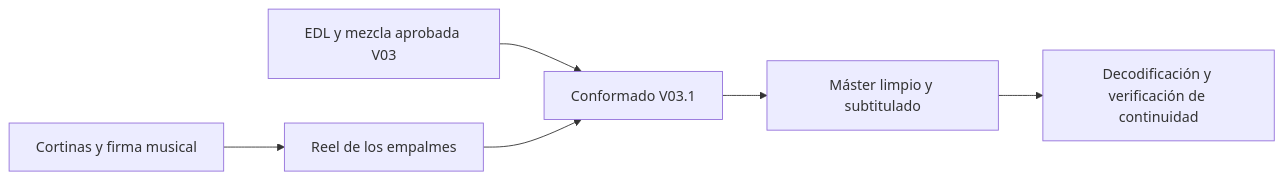
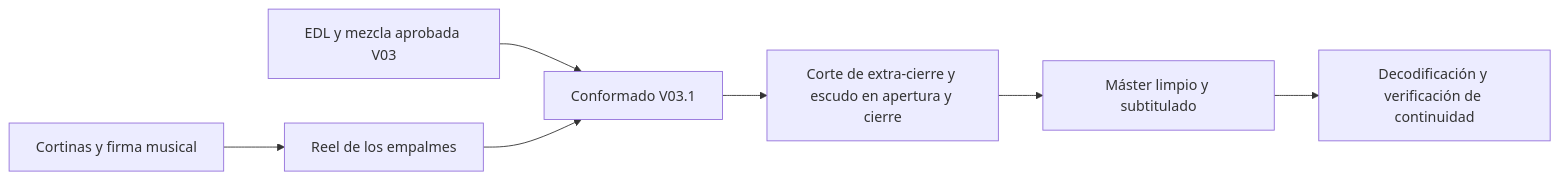
The first of 5 diagrams in README.md (mmorfe-engineer/proyecto-said-podcast-nov2026), drawn with Mermaid before and after one commit. The commit also changed other lines of this file and 6 other files, not shown here.

````diff
--- a/README.md
+++ b/README.md
@@ -32,8 +36,9 @@
 ```mermaid
 flowchart LR
   A[EDL y mezcla aprobada V03] --> C[Conformado V03.1]
   B[Cortinas y firma musical] --> R[Reel de los empalmes]
   R --> C
-  C --> M[Máster limpio y subtitulado]
+  C --> F[Corte de extra-cierre y escudo en apertura y cierre]
+  F --> M[Máster limpio y subtitulado]
   M --> Q[Decodificación y verificación de continuidad]
 ```
````
